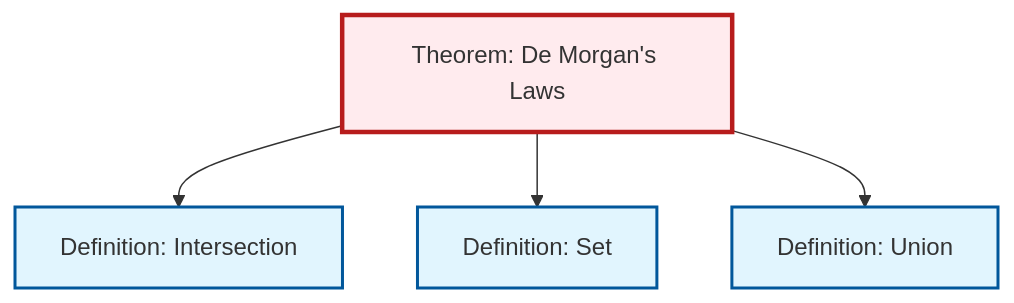
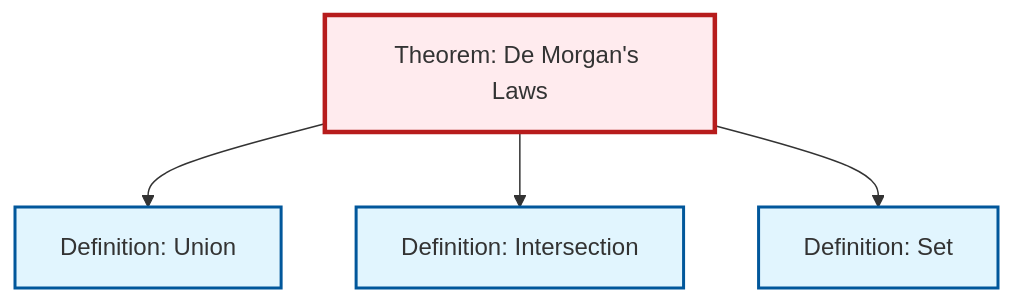
The diagram in output/mermaid/thm-de-morgan.mermaid (RK0429/ModernMath), drawn with Mermaid before and after one commit. The commit also changed other lines of this file and 530 other files, not shown here.

```diff
--- a/output/mermaid/thm-de-morgan.mermaid
+++ b/output/mermaid/thm-de-morgan.mermaid
@@ -1,15 +1,15 @@
 %%| fig-cap: "Local dependency graph"
 graph TD
     classDef definition fill:#e1f5fe,stroke:#01579b,stroke-width:2px
     classDef theorem fill:#f3e5f5,stroke:#4a148c,stroke-width:2px
     classDef axiom fill:#fff3e0,stroke:#e65100,stroke-width:2px
     classDef example fill:#e8f5e9,stroke:#1b5e20,stroke-width:2px
     classDef current fill:#ffebee,stroke:#b71c1c,stroke-width:3px
-    thm-de-morgan["Theorem: De Morgan's Laws"]:::theorem
-    def-set["Definition: Set"]:::definition
     def-union["Definition: Union"]:::definition
     def-intersection["Definition: Intersection"]:::definition
+    def-set["Definition: Set"]:::definition
+    thm-de-morgan["Theorem: De Morgan's Laws"]:::theorem
+    thm-de-morgan --> def-union
     thm-de-morgan --> def-intersection
     thm-de-morgan --> def-set
-    thm-de-morgan --> def-union
     class thm-de-morgan current
```
